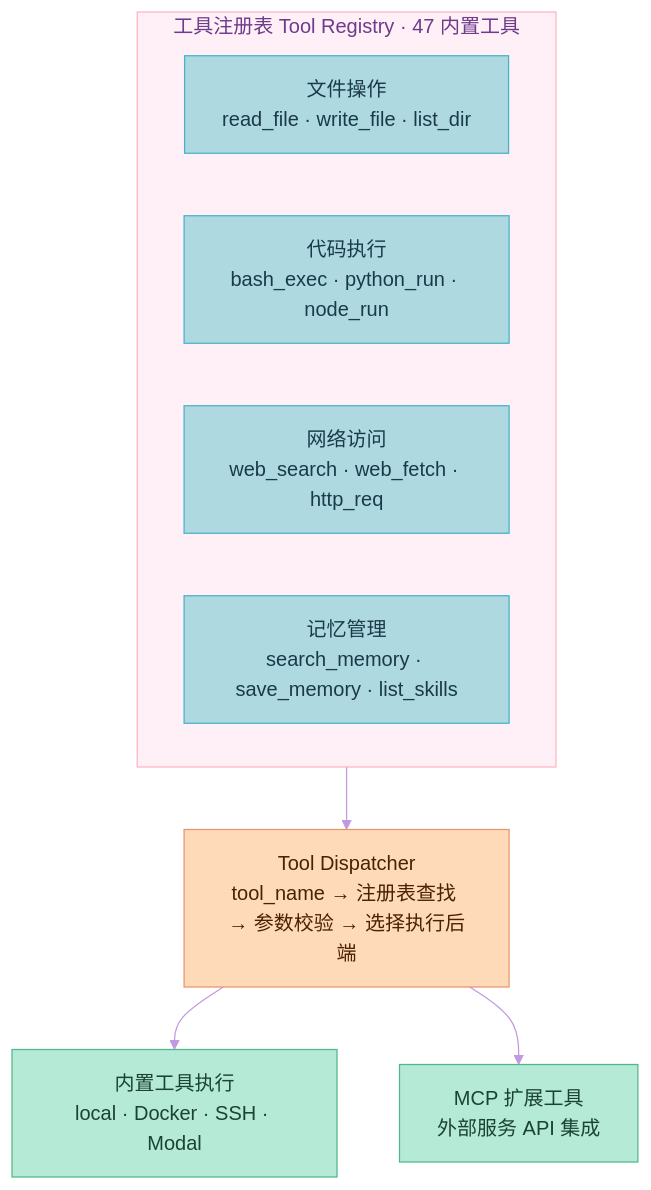
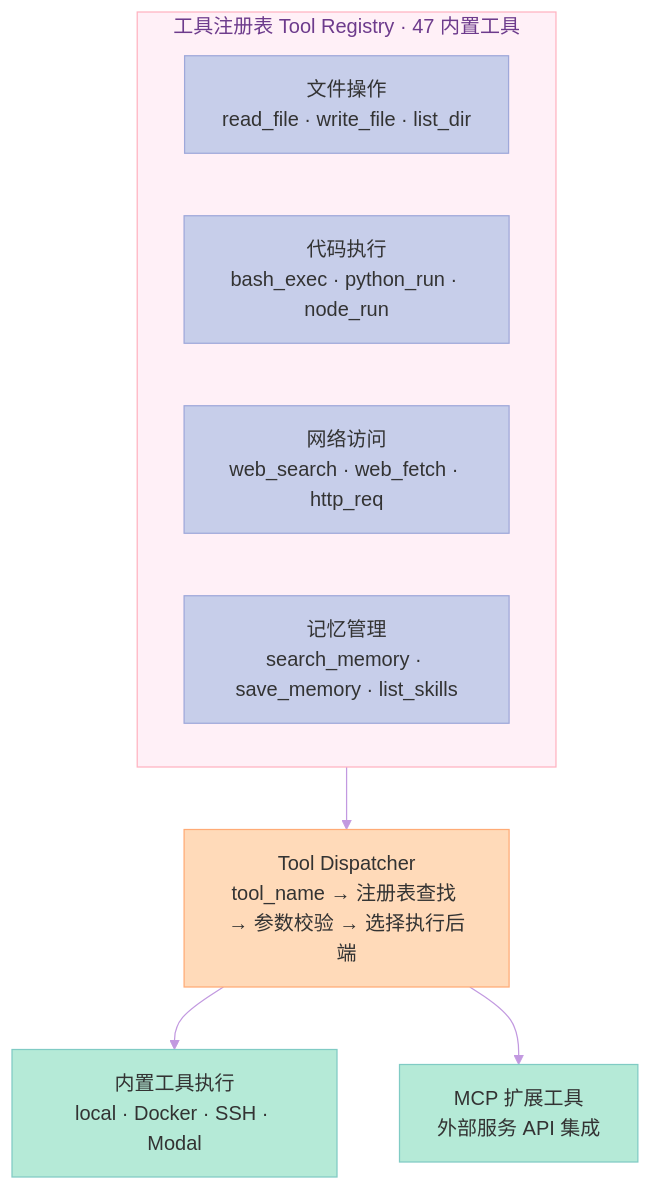
The sixth of 10 diagrams in source/_posts/2026-04-13-hermes-agent深度完全解读.md (xuqi2024/xuqi2024.github.io), drawn with Mermaid before and after one commit. The commit also changed other lines of this file and 23 other files, not shown here.

````diff
--- a/source/_posts/2026-04-13-hermes-agent深度完全解读.md
+++ b/source/_posts/2026-04-13-hermes-agent深度完全解读.md
@@ -430,21 +436,21 @@
 ```mermaid
-%%{init: {'theme': 'base', 'themeVariables': {'primaryColor': '#FFB3C1', 'primaryTextColor': '#4A1942', 'primaryBorderColor': '#FF85A1', 'lineColor': '#C299E0', 'secondaryColor': '#C8E6C9', 'tertiaryColor': '#AED9E0', 'background': '#FFF8FB', 'mainBkg': '#FFB3C1', 'nodeBorder': '#FF85A1', 'clusterBkg': '#FFF0F7', 'clusterBorder': '#FFB3C1', 'titleColor': '#6D3B8C', 'edgeLabelBackground': '#FFF8FB'}}}%%
+%%{init: {'theme': 'base', 'themeVariables': {'primaryColor': '#FFB3C1', 'primaryTextColor': '#4A1942', 'primaryBorderColor': '#FF85A1', 'lineColor': '#C299E0', 'secondaryColor': '#C8E6C9', 'tertiaryColor': '#C7CEEA', 'background': '#FFF8FB', 'mainBkg': '#FFB3C1', 'nodeBorder': '#FF85A1', 'clusterBkg': '#FFF0F7', 'clusterBorder': '#FFB3C1', 'titleColor': '#6D3B8C', 'edgeLabelBackground': '#FFF8FB'}}}%%
 flowchart TD
-    classDef tool fill:#AED9E0,stroke:#48B2C8,color:#1A3A4A
-    classDef dispatch fill:#FFDAB9,stroke:#E8956D,color:#4A2200
-    classDef backend fill:#B5EAD7,stroke:#52B788,color:#1B4332
+    classDef tool fill:#C7CEEA,stroke:#9FA8DA,color:#333
+    classDef dispatch fill:#FFDAB9,stroke:#FFAB76,color:#333
+    classDef backend fill:#B5EAD7,stroke:#80CBC4,color:#333
 
     subgraph REG["工具注册表 Tool Registry · 47 内置工具"]
         T1["文件操作<br/>read_file · write_file · list_dir"]:::tool
         T2["代码执行<br/>bash_exec · python_run · node_run"]:::tool
         T3["网络访问<br/>web_search · web_fetch · http_req"]:::tool
         T4["记忆管理<br/>search_memory · save_memory · list_skills"]:::tool
     end
 
     DISP["Tool Dispatcher<br/>tool_name → 注册表查找 → 参数校验 → 选择执行后端"]:::dispatch
     BUILT["内置工具执行<br/>local · Docker · SSH · Modal"]:::backend
     MCP["MCP 扩展工具<br/>外部服务 API 集成"]:::backend
 
     REG --> DISP
     DISP --> BUILT & MCP
 ```
````
